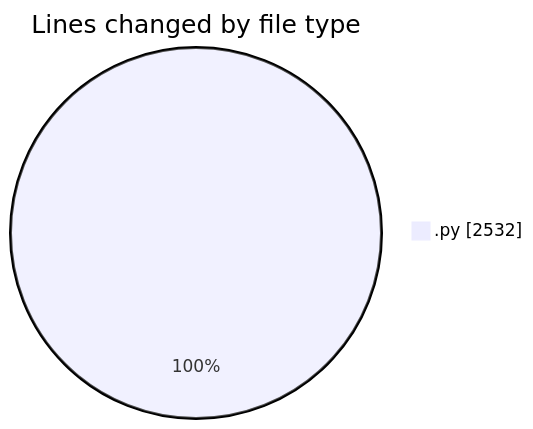
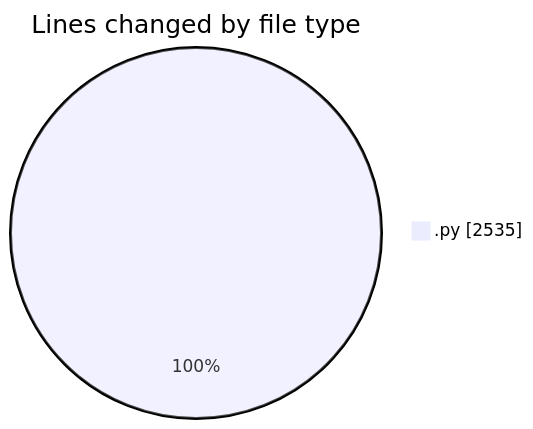
Before and after one commit to Ritupan-Deka/code-tracking: the first of 2 diagrams in 2026-01-11/dsa/README.md, drawn with Mermaid. The commit also changed other lines of this file and 1 other file, not shown here.

````diff
--- a/2026-01-11/dsa/README.md
+++ b/2026-01-11/dsa/README.md
@@ -21,5 +21,5 @@
 ```mermaid
 pie showData
 title Lines changed by file type
-".py" : 2532
+".py" : 2535
 ```
````
